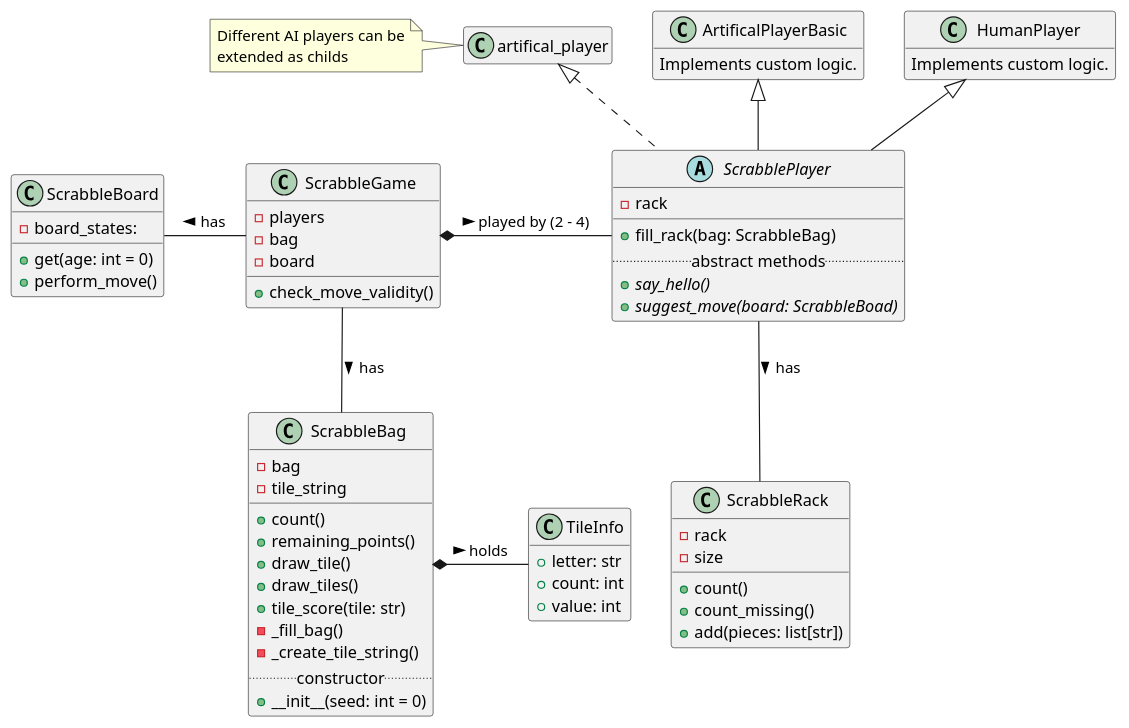
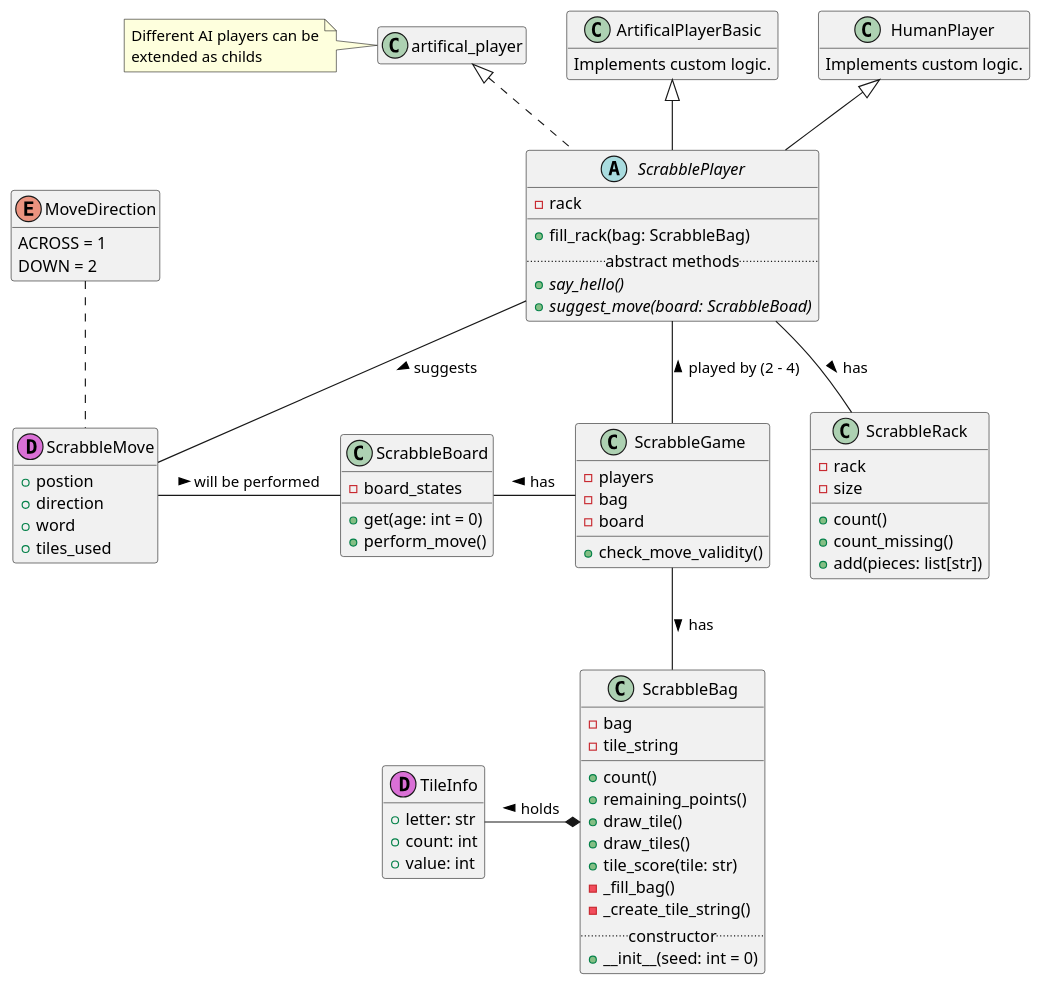
Before and after one commit to KKraljic/ScrabbleAI: the diagram in plantuml/structure.puml, drawn with PlantUML. The commit also changed 15 other files, not shown here.

```diff
--- a/plantuml/structure.puml
+++ b/plantuml/structure.puml
@@ -1,85 +1,102 @@
 @startuml
 abstract class ScrabblePlayer {
     - rack
     __
     + fill_rack(bag: ScrabbleBag)
     .. abstract methods ..
     +  {abstract} say_hello()
     +  {abstract} suggest_move(board: ScrabbleBoad)
 }
 
 ArtificalPlayerBasic <|-- ScrabblePlayer
 class ArtificalPlayerBasic {
     Implements custom logic.
 }
 hide ArtificalPlayerBasic methods
 
 HumanPlayer <|-- ScrabblePlayer
 class HumanPlayer {
     Implements custom logic.
 }
 hide HumanPlayer methods
 
 artifical_player <|.. ScrabblePlayer
 class ArtificalPlayerBasic
 hide artifical_player members
 
 
 note left of artifical_player: Different AI players can be\nextended as childs
 
 ScrabblePlayer -- ScrabbleRack: has >
 class ScrabbleRack {
     - rack
     - size
 
     + count()
     + count_missing()
     + add(pieces: list[str])
 
 }
 
-class TileInfo{
+class TileInfo << (D,orchid) >>{
     + letter: str
     + count: int
     + value: int
 }
 hide TileInfo methods
 
 TileInfo -* ScrabbleBag: holds <
 class ScrabbleBag {
     - bag
     - tile_string
     __
     + count()
     + remaining_points()
     + draw_tile()
     + draw_tiles()
     + tile_score(tile: str)
     - _fill_bag()
     - _create_tile_string()
     .. constructor ..
     + __init__(seed: int = 0)
 }
 
 class ScrabbleBoard {
-    - board_states:
+    - board_states
 
     + get(age: int = 0)
     + perform_move()
 }
 
-ScrabbleGame *- ScrabblePlayer: played by (2 - 4) >
+ScrabbleGame -- ScrabblePlayer: played by (2 - 4) >
 ScrabbleGame -- ScrabbleBag: has >
 ScrabbleBoard - ScrabbleGame: has <
 class ScrabbleGame {
     - players
     - bag
     - board
     + check_move_validity()
 }
 
+ScrabbleMove - ScrabbleBoard: will be performed >
+ScrabblePlayer -- ScrabbleMove: suggests >
+class ScrabbleMove<< (D,orchid) >>{
+    + postion
+    + direction
+    + word
+    + tiles_used
+}
+hide ScrabbleMove methods
+
+
+MoveDirection .. ScrabbleMove
+enum MoveDirection{
+    ACROSS = 1
+    DOWN = 2
+}
+hide MoveDirection methods
 
 
 
 
 @enduml
```
